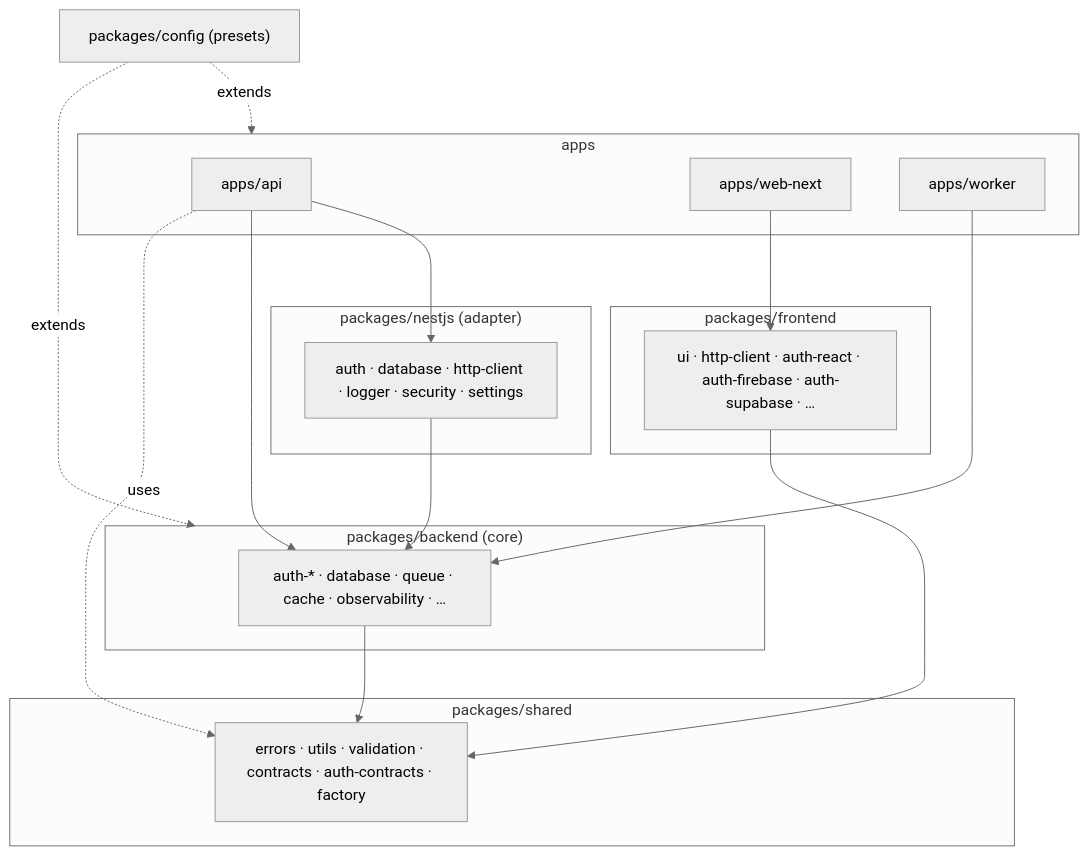
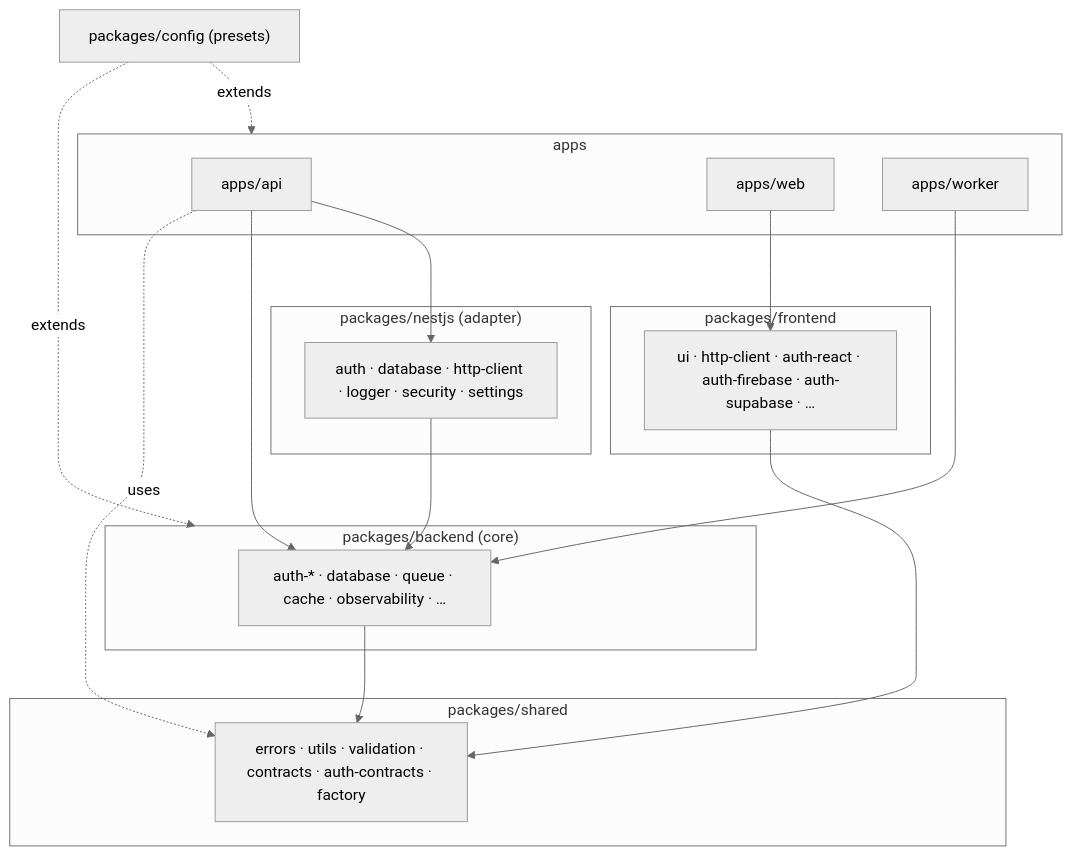
One commit to Changsik00/service-foundry changed the first of 2 diagrams in docs/reference/architecture.md. Above: the diagram before and after it, drawn with Mermaid (neutral theme). The commit also changed other lines of this file and 55 other files, not shown here.

Commit message:
refactor(spec-x-web-consolidation): web-next → web rename + admin 계획 폐기

````diff
--- a/docs/reference/architecture.md
+++ b/docs/reference/architecture.md
@@ -33,29 +33,29 @@
 ```mermaid
 flowchart TD
     subgraph apps
       api[apps/api]
-      wnext[apps/web-next]
+      web[apps/web]
       worker[apps/worker]
     end
     subgraph nestjs["packages/nestjs (adapter)"]
       njs[auth · database · http-client · logger · security · settings]
     end
     subgraph backend["packages/backend (core)"]
       be[auth-* · database · queue · cache · observability · …]
     end
     subgraph frontend["packages/frontend"]
       fe[ui · http-client · auth-react · auth-firebase · auth-supabase · …]
     end
     subgraph shared["packages/shared"]
       sh[errors · utils · validation · contracts · auth-contracts · factory]
     end
     config["packages/config (presets)"]
 
     api --> njs --> be --> sh
     api --> be
     worker --> be
-    wnext --> fe --> sh
+    web --> fe --> sh
     api -.uses.-> sh
     config -.extends.-> apps
     config -.extends.-> backend
 ```
````
